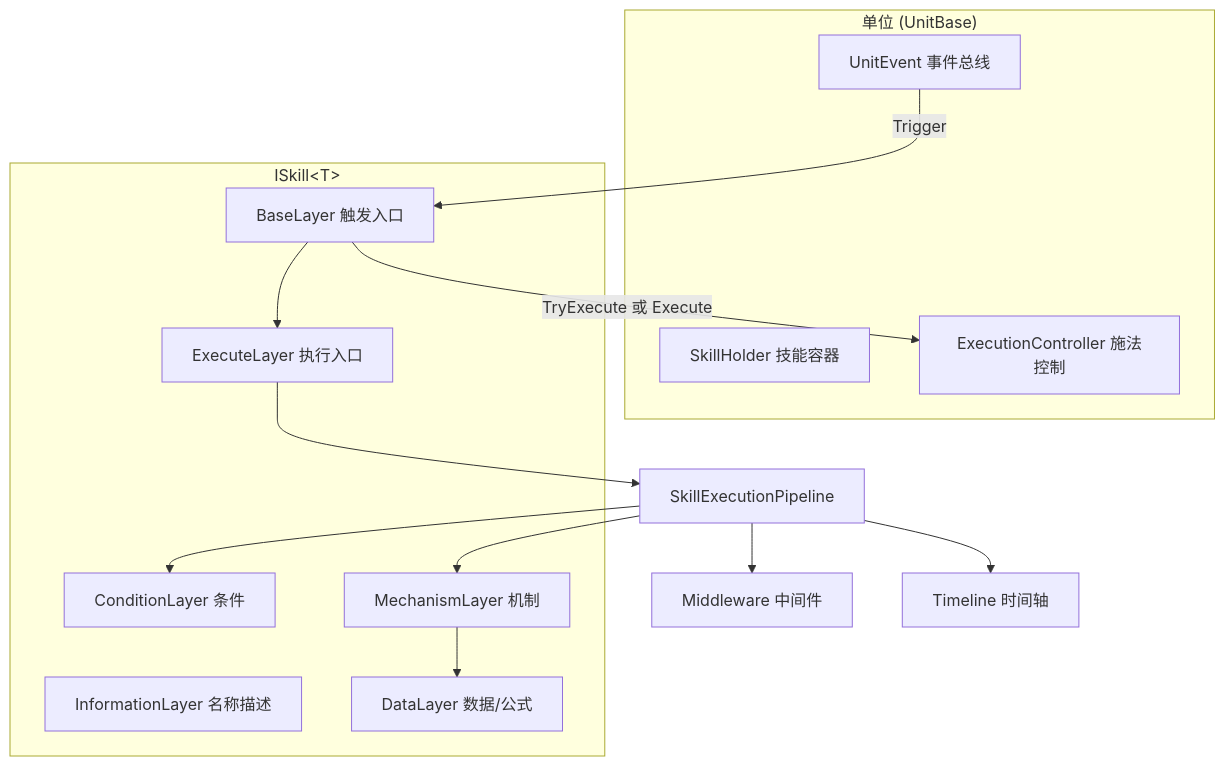
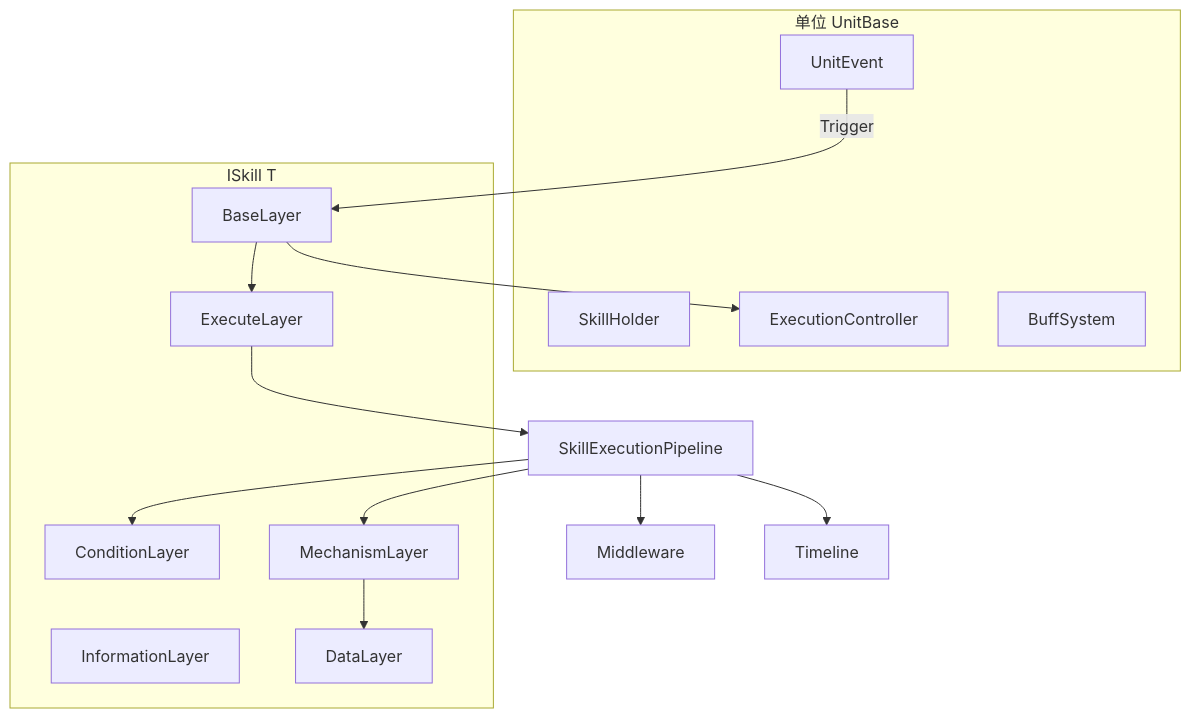
One commit to PeterParkers007/Tech-Cosmos.Framework.SkillSystem changed the diagram in README.md. Above: the diagram before and after it, drawn with Mermaid. The commit also changed other lines of this file and 40 other files, not shown here.

First line of the commit message:
feat(SkillSystem): 完善测试覆盖、修复公式/Buff/Timeline，重写 README

````diff
--- a/README.md
+++ b/README.md
@@ -274,27 +348,28 @@
 ```mermaid
 flowchart TB
-    subgraph Unit["单位 (UnitBase)"]
-        UE[UnitEvent 事件总线]
-        SH[SkillHolder 技能容器]
-        EC[ExecutionController 施法控制]
+    subgraph Unit["单位 UnitBase"]
+        UE[UnitEvent]
+        SH[SkillHolder]
+        EC[ExecutionController]
+        BS[BuffSystem]
     end
 
-    subgraph Skill["ISkill&lt;T&gt;"]
-        BL[BaseLayer 触发入口]
-        IL[InformationLayer 名称描述]
-        CL[ConditionLayer 条件]
-        ML[MechanismLayer 机制]
-        DL[DataLayer 数据/公式]
-        EL[ExecuteLayer 执行入口]
+    subgraph Skill["ISkill T"]
+        BL[BaseLayer]
+        IL[InformationLayer]
+        CL[ConditionLayer]
+        ML[MechanismLayer]
+        DL[DataLayer]
+        EL[ExecuteLayer]
     end
 
     UE -->|Trigger| BL
-    BL -->|TryExecute 或 Execute| EC
+    BL --> EC
     BL --> EL
     EL --> PL[SkillExecutionPipeline]
-    PL --> MW[Middleware 中间件]
+    PL --> MW[Middleware]
     PL --> CL
     PL --> ML
-    PL --> TL[Timeline 时间轴]
+    PL --> TL[Timeline]
     ML --> DL
 ```
````
